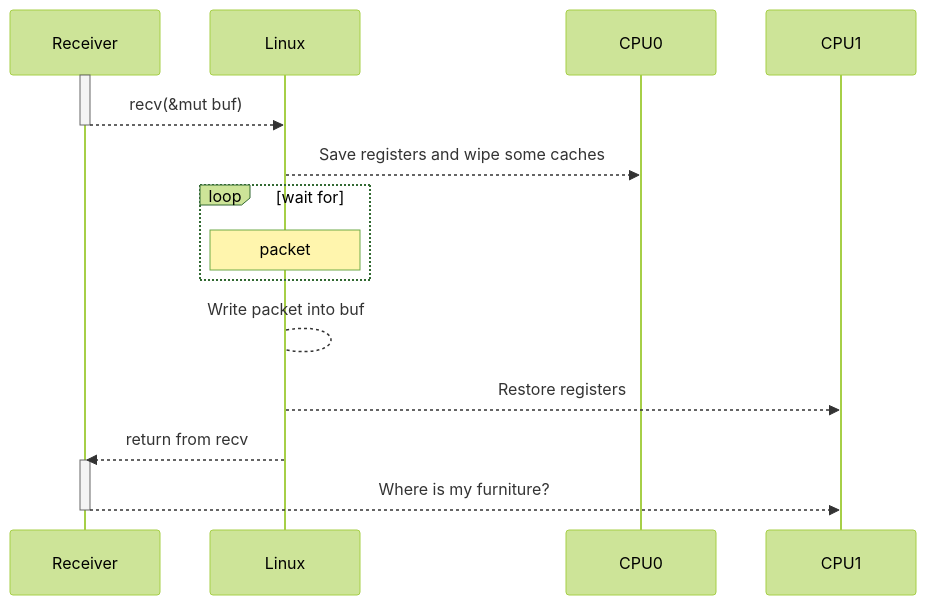
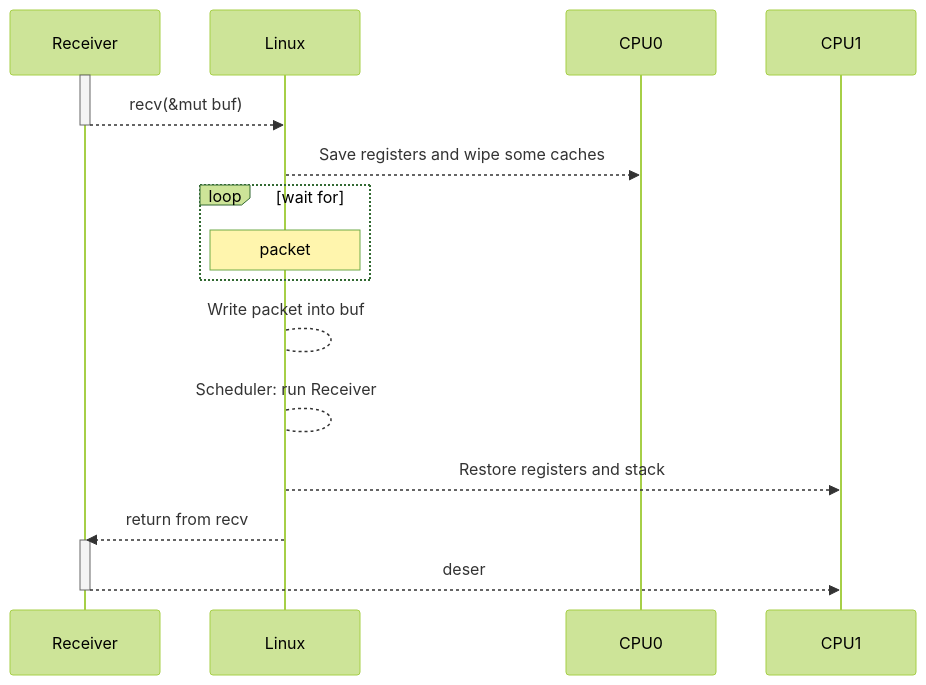
The diagram in slidev/pages/4-2-context-switching.md (dunnock/ll-udp-pubsub), drawn with Mermaid (forest theme) before and after one commit. The commit also changed other lines of this file and 33 other files, not shown here.

````diff
--- a/slidev/pages/4-2-context-switching.md
+++ b/slidev/pages/4-2-context-switching.md
@@ -7,16 +7,17 @@
 ```mermaid { scale: 0.7 }
 sequenceDiagram
   activate Receiver
   Receiver -->> Linux: recv(&mut buf)
   deactivate Receiver
   Linux -->> CPU0: Save registers and wipe some caches
   loop wait for
     Note over Linux: packet
   end
   Linux --> Linux: Write packet into buf
-  Linux -->> CPU1: Restore registers
+  Linux --> Linux: Scheduler: run Receiver
+  Linux -->> CPU1: Restore registers and stack
   Linux -->> Receiver: return from recv
   activate Receiver
-  Receiver -->> CPU1: Where is my furniture?
+  Receiver -->> CPU1: deser
   deactivate Receiver
 ```
````
